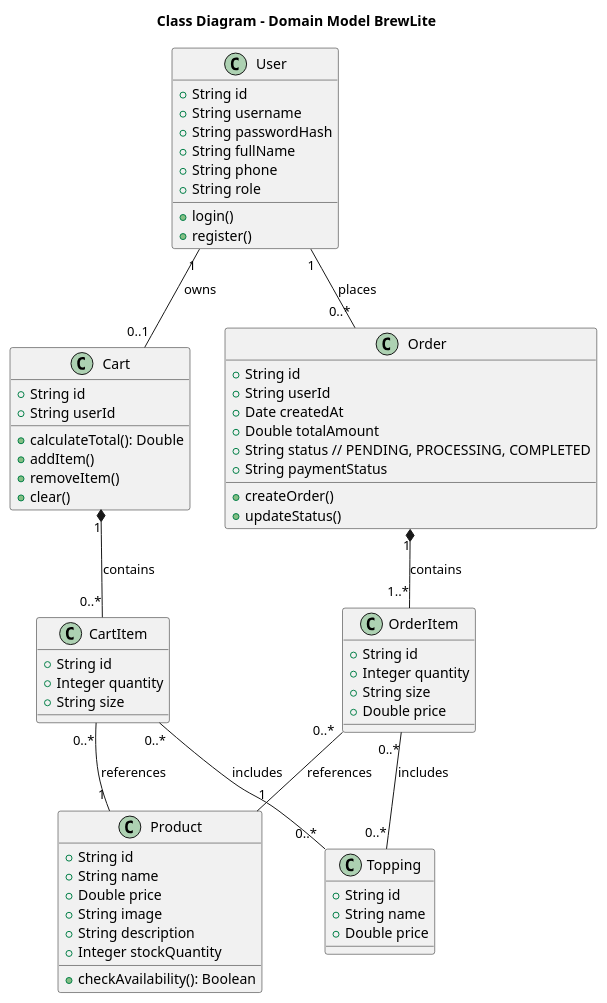
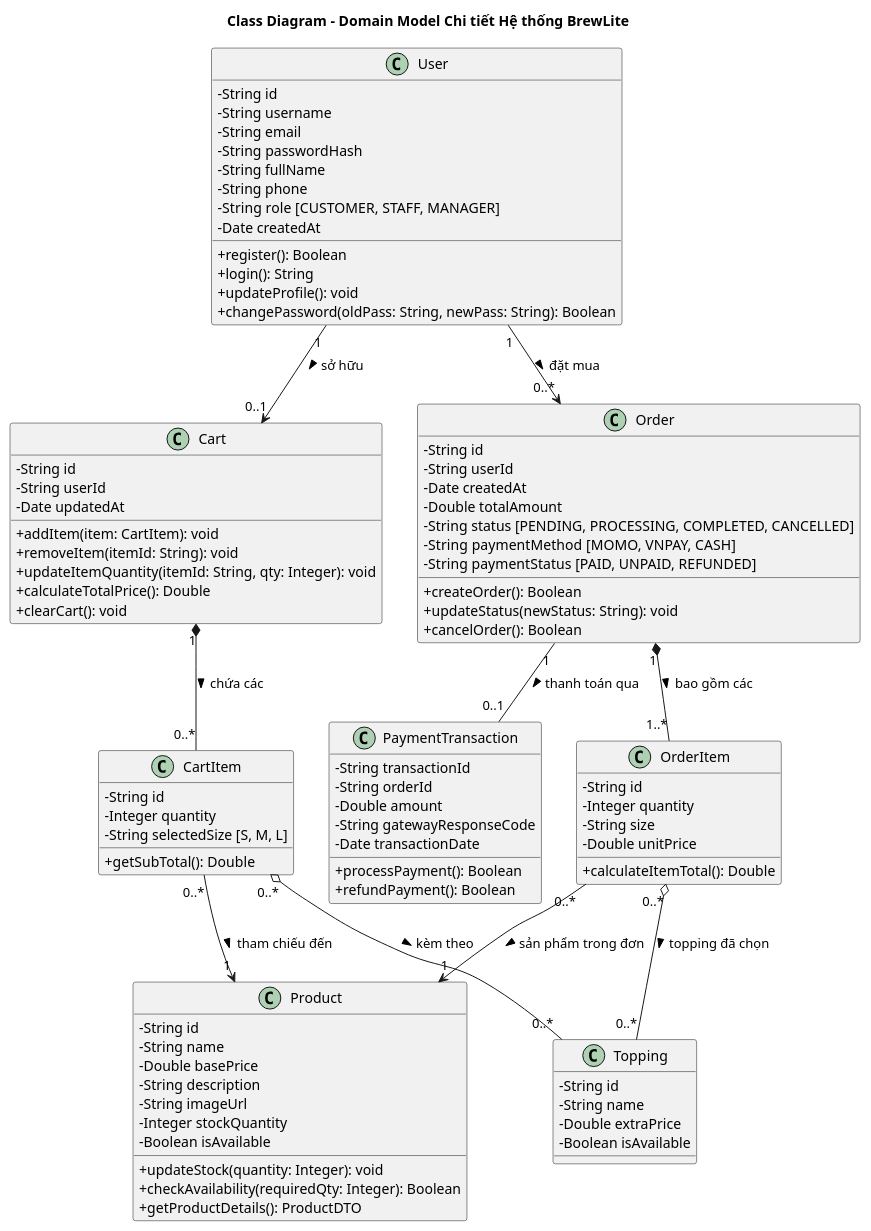
One commit to Nashando/BrewLite-SWE-project changed the diagram in TV2/Class diagram.md. Above: the diagram before and after it, drawn with PlantUML. The commit also changed 3 other files, not shown here.

First line of the commit message:
Diagram update

````diff
--- a/TV2/Class diagram.md
+++ b/TV2/Class diagram.md
@@ -1,76 +1,102 @@
-```plantuml
 @startuml
-title Class Diagram - Domain Model BrewLite
+skinparam classAttributeIconSize 0
+title Class Diagram - Domain Model Chi tiết Hệ thống BrewLite
 
 class User {
-  + String id
-  + String username
-  + String passwordHash
-  + String fullName
-  + String phone
-  + String role
-  + login()
-  + register()
+  - String id
+  - String username
+  - String email
+  - String passwordHash
+  - String fullName
+  - String phone
+  - String role [CUSTOMER, STAFF, MANAGER]
+  - Date createdAt
+  + register(): Boolean
+  + login(): String
+  + updateProfile(): void
+  + changePassword(oldPass: String, newPass: String): Boolean
 }
 
 class Product {
-  + String id
-  + String name
-  + Double price
-  + String image
-  + String description
-  + Integer stockQuantity
-  + checkAvailability(): Boolean
+  - String id
+  - String name
+  - Double basePrice
+  - String description
+  - String imageUrl
+  - Integer stockQuantity
+  - Boolean isAvailable
+  + updateStock(quantity: Integer): void
+  + checkAvailability(requiredQty: Integer): Boolean
+  + getProductDetails(): ProductDTO
 }
 
 class Topping {
-  + String id
-  + String name
-  + Double price
+  - String id
+  - String name
+  - Double extraPrice
+  - Boolean isAvailable
 }
 
 class Cart {
-  + String id
-  + String userId
-  + calculateTotal(): Double
-  + addItem()
-  + removeItem()
-  + clear()
+  - String id
+  - String userId
+  - Date updatedAt
+  + addItem(item: CartItem): void
+  + removeItem(itemId: String): void
+  + updateItemQuantity(itemId: String, qty: Integer): void
+  + calculateTotalPrice(): Double
+  + clearCart(): void
 }
 
 class CartItem {
-  + String id
-  + Integer quantity
-  + String size
+  - String id
+  - Integer quantity
+  - String selectedSize [S, M, L]
+  + getSubTotal(): Double
 }
 
 class Order {
-  + String id
-  + String userId
-  + Date createdAt
-  + Double totalAmount
-  + String status // PENDING, PROCESSING, COMPLETED
-  + String paymentStatus
-  + createOrder()
-  + updateStatus()
+  - String id
+  - String userId
+  - Date createdAt
+  - Double totalAmount
+  - String status [PENDING, PROCESSING, COMPLETED, CANCELLED]
+  - String paymentMethod [MOMO, VNPAY, CASH]
+  - String paymentStatus [PAID, UNPAID, REFUNDED]
+  + createOrder(): Boolean
+  + updateStatus(newStatus: String): void
+  + cancelOrder(): Boolean
 }
 
 class OrderItem {
-  + String id
-  + Integer quantity
-  + String size
-  + Double price
+  - String id
+  - Integer quantity
+  - String size
+  - Double unitPrice
+  + calculateItemTotal(): Double
 }
 
-User "1" -- "0..1" Cart : owns
-Cart "1" *-- "0..*" CartItem : contains
-CartItem "0..*" -- "1" Product : references
-CartItem "0..*" -- "0..*" Topping : includes
+class PaymentTransaction {
+  - String transactionId
+  - String orderId
+  - Double amount
+  - String gatewayResponseCode
+  - Date transactionDate
+  + processPayment(): Boolean
+  + refundPayment(): Boolean
+}
 
-User "1" -- "0..*" Order : places
-Order "1" *-- "1..*" OrderItem : contains
-OrderItem "0..*" -- "1" Product : references
-OrderItem "0..*" -- "0..*" Topping : includes
+' Relationships with Multiplicity
+User "1" --> "0..1" Cart : sở hữu >
+Cart "1" *-- "0..*" CartItem : chứa các >
+CartItem "0..*" --> "1" Product : tham chiếu đến >
+CartItem "0..*" o-- "0..*" Topping : kèm theo >
+
+User "1" --> "0..*" Order : đặt mua >
+Order "1" *-- "1..*" OrderItem : bao gồm các >
+OrderItem "0..*" --> "1" Product : sản phẩm trong đơn >
+OrderItem "0..*" o-- "0..*" Topping : topping đã chọn >
+
+Order "1" -- "0..1" PaymentTransaction : thanh toán qua >
 
 @enduml
-```
````
